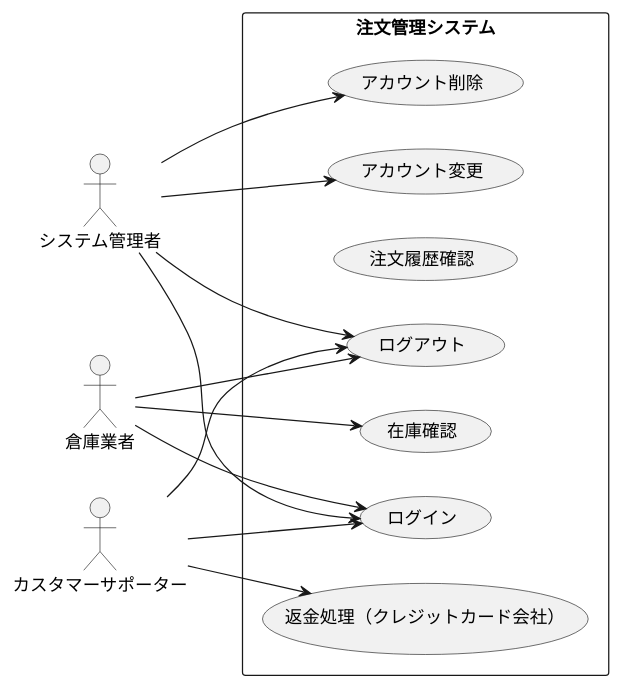
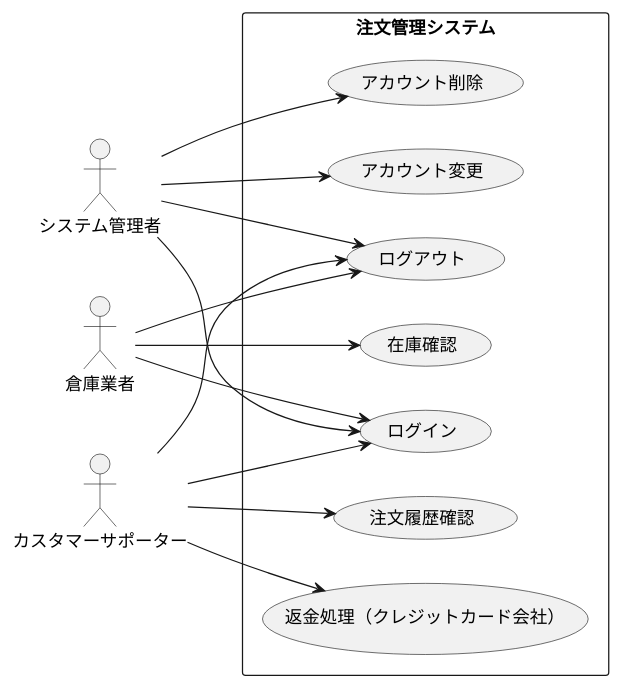
The diagram in group/3-3_総合演習1_BBショップ注文管理システム/ユースケース図/usecase_kanri.pu (ko246/ohara_uml), drawn with PlantUML before and after one commit.

Commit message:
注文管理システムユースケース図

```diff
--- a/group/3-3_総合演習1_BBショップ注文管理システム/ユースケース図/usecase_kanri.pu
+++ b/group/3-3_総合演習1_BBショップ注文管理システム/ユースケース図/usecase_kanri.pu
@@ -1,35 +1,36 @@
 @startuml 注文管理システム
 left to right direction
 
 ' アクター定義
 actor システム管理者
 actor 倉庫業者
 actor カスタマーサポーター
 
 rectangle 注文管理システム {
   usecase "ログイン" as UC_Login
   usecase "ログアウト" as UC_Logout
   usecase "注文履歴確認" as UC_CheckHistory
   usecase "在庫確認" as UC_CheckStock
   usecase "アカウント変更" as UC_UpdateAccount
   usecase "アカウント削除" as UC_DeleteAccount
   usecase "返金処理（クレジットカード会社）" as UC_Refund
 }
 
 ' システム管理者のユースケース
 システム管理者 --> UC_Login
 システム管理者 --> UC_Logout
 システム管理者 --> UC_UpdateAccount
 システム管理者 --> UC_DeleteAccount
 
 ' カスタマーサポーターのユースケース
 カスタマーサポーター --> UC_Login
 カスタマーサポーター --> UC_Logout
+カスタマーサポーター --> UC_CheckHistory
 カスタマーサポーター --> UC_Refund
 
 ' 配送業者のユースケース
 倉庫業者 --> UC_Login
 倉庫業者 --> UC_Logout
 倉庫業者 --> UC_CheckStock
 
 @enduml
```
